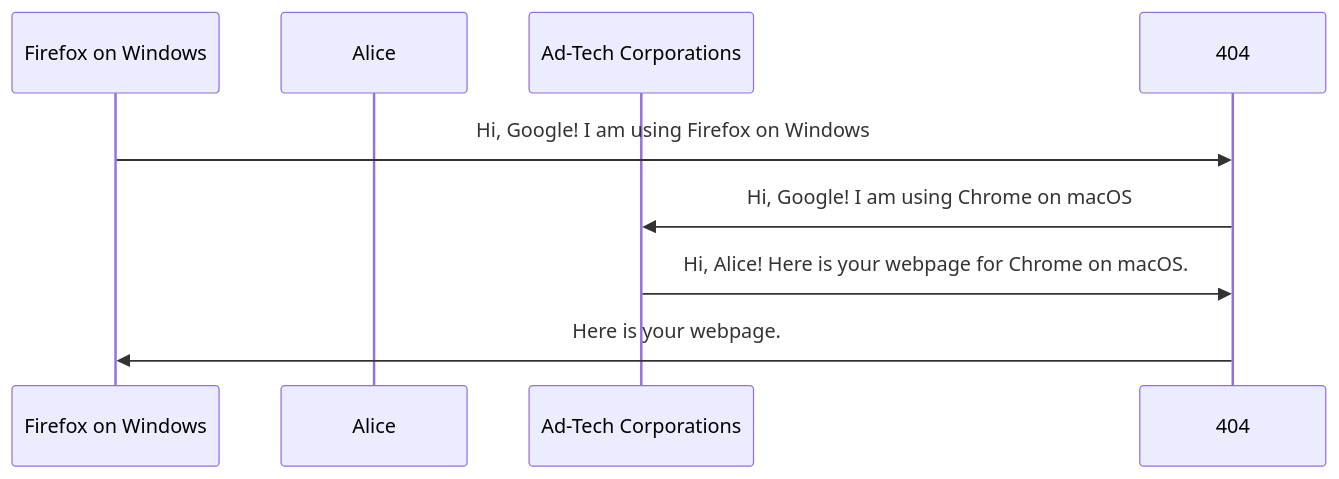
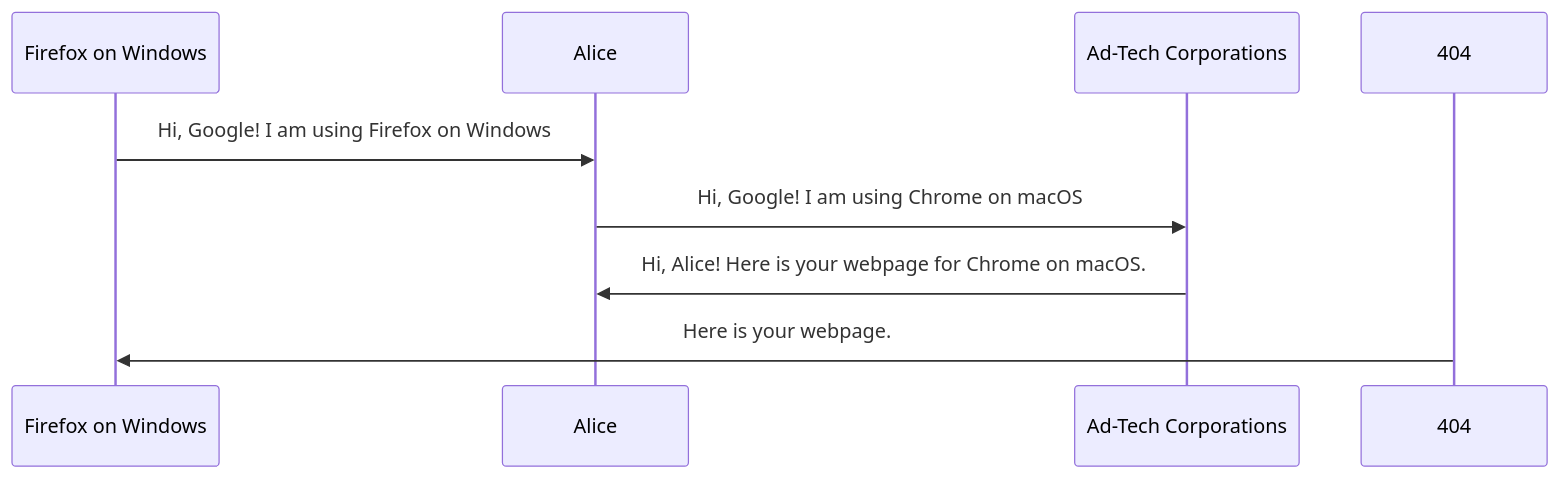
Before and after one commit to un-nf/404-docs: the diagram in docs/index.md, drawn with Mermaid.

Commit message:
Fix sequence diagram participant messages
Updated sequence diagram to correct participant interactions.

````diff
--- a/docs/index.md
+++ b/docs/index.md
@@ -23,10 +23,10 @@
 ```mermaid
 sequenceDiagram
     participant F as Firefox on Windows
     participant Alice
     participant A as Ad-Tech Corporations
-    F->>404: Hi, Google! I am using Firefox on Windows
-    404->>A: Hi, Google! I am using Chrome on macOS
-    A->>404: Hi, Alice! Here is your webpage for Chrome on macOS.
+    F->>Alice: Hi, Google! I am using Firefox on Windows
+    Alice->>A: Hi, Google! I am using Chrome on macOS
+    A->>Alice: Hi, Alice! Here is your webpage for Chrome on macOS.
     404->>F: Here is your webpage.
 ```
````
